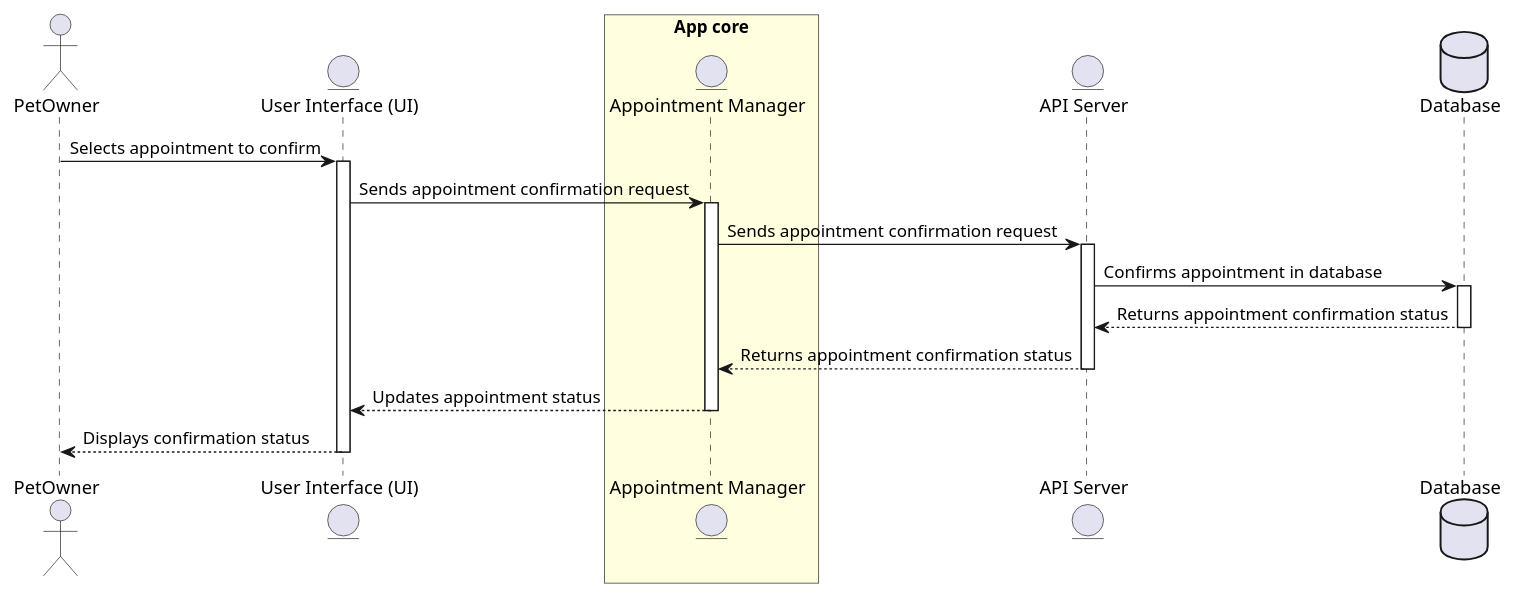
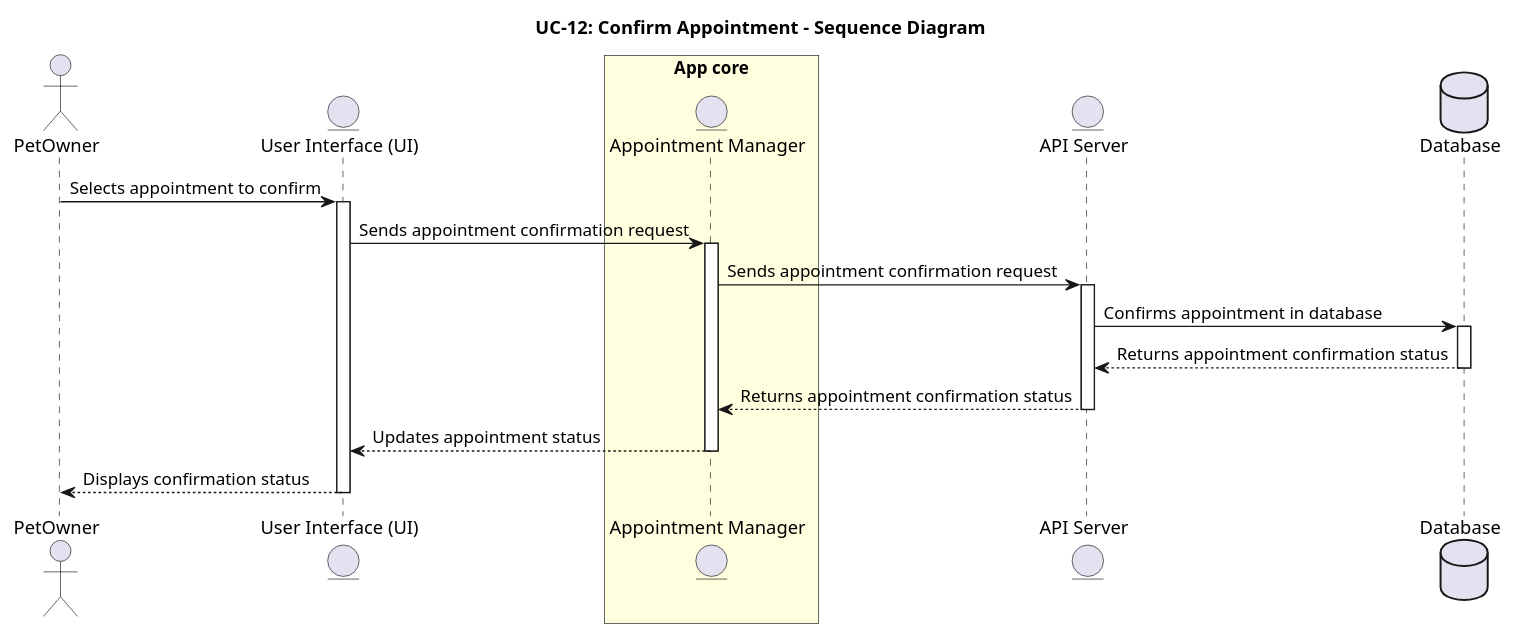
Before and after one commit to IrenePorta/PetSitters: the diagram in Documents/PlantUML/UC-12_SEQUENCE_Diagram.puml, drawn with PlantUML.

```diff
--- a/Documents/PlantUML/UC-12_SEQUENCE_Diagram.puml
+++ b/Documents/PlantUML/UC-12_SEQUENCE_Diagram.puml
@@ -1,34 +1,35 @@
 @startuml
+title: UC-12: Confirm Appointment - Sequence Diagram
 actor PetOwner
 entity "User Interface (UI)" as UI
 box "App core" #LightYellow
   entity "Appointment Manager" as AppCore
 end box
 entity "API Server" as API
 database "Database" as DB
 
 PetOwner -> UI : Selects appointment to confirm
 activate UI
 
 UI -> AppCore : Sends appointment confirmation request
 activate AppCore
 
 AppCore -> API : Sends appointment confirmation request
 activate API
 
 API -> DB : Confirms appointment in database
 activate DB
 
 DB --> API : Returns appointment confirmation status
 deactivate DB
 
 API --> AppCore : Returns appointment confirmation status
 deactivate API
 
 AppCore --> UI : Updates appointment status
 deactivate AppCore
 
 UI --> PetOwner : Displays confirmation status
 deactivate UI
 
 @enduml
```
